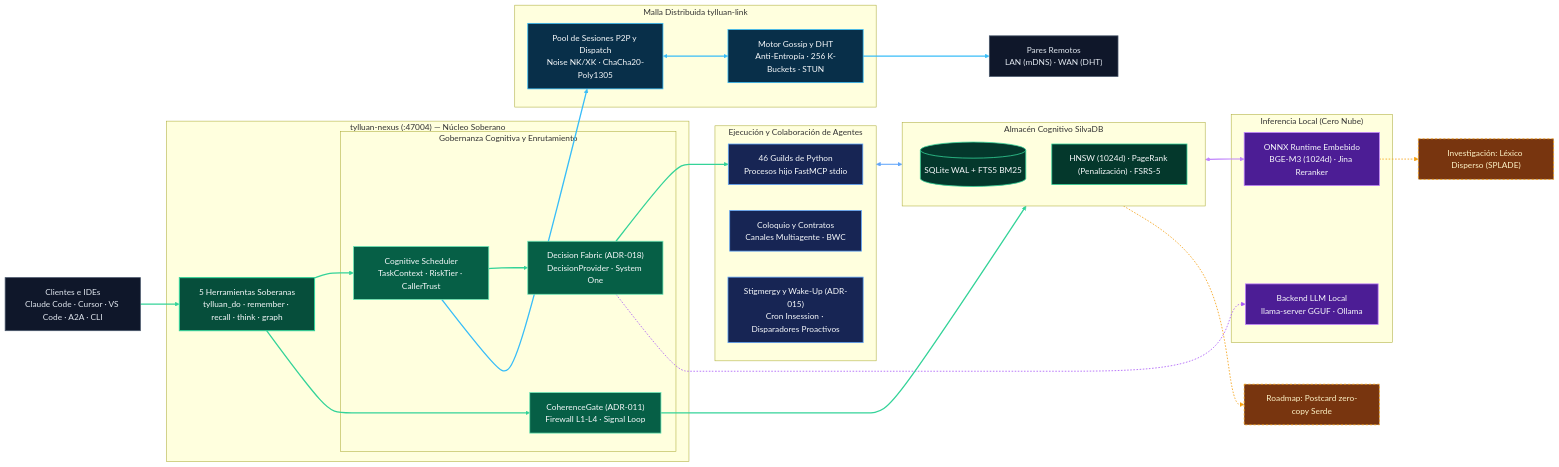
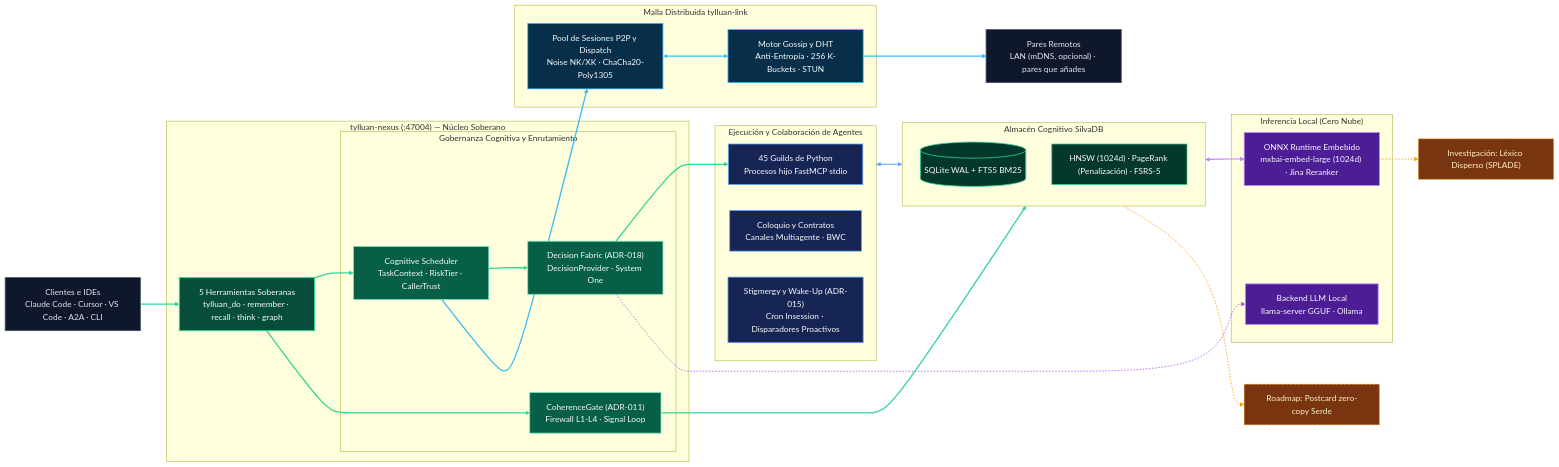
The diagram in README.es.md (Forja-orca/tylluan), drawn with Mermaid before and after one commit. The commit also changed other lines of this file and 7 other files, not shown here.

````diff
--- a/README.es.md
+++ b/README.es.md
@@ -338,80 +343,80 @@
 ```mermaid
 flowchart LR
   CLIENTS["Clientes e IDEs<br/>Claude Code · Cursor · VS Code · A2A · CLI"]
 
   subgraph SOVEREIGN["tylluan-nexus (:47004) — Núcleo Soberano"]
     TOOLS["5 Herramientas Soberanas<br/>tylluan_do · remember · recall · think · graph"]
 
     subgraph GOVERN["Gobernanza Cognitiva y Enrutamiento"]
       SCHED["Cognitive Scheduler<br/>TaskContext · RiskTier · CallerTrust"]
       DECIDER["Decision Fabric (ADR-018)<br/>DecisionProvider · System One"]
       CGATE["CoherenceGate (ADR-011)<br/>Firewall L1-L4 · Signal Loop"]
     end
   end
 
   subgraph MEMORY["Almacén Cognitivo SilvaDB"]
     SILVA[("SQLite WAL + FTS5 BM25")]
     GRAPH["HNSW (1024d) · PageRank (Penalización) · FSRS-5"]
   end
 
   subgraph INFER["Inferencia Local (Cero Nube)"]
-    ONNX["ONNX Runtime Embebido<br/>BGE-M3 (1024d) · Jina Reranker"]
+    ONNX["ONNX Runtime Embebido<br/>mxbai-embed-large (1024d) · Jina Reranker"]
     LLAMA["Backend LLM Local<br/>llama-server GGUF · Ollama"]
   end
 
   subgraph EXEC["Ejecución y Colaboración de Agentes"]
-    GUILDS["46 Guilds de Python<br/>Procesos hijo FastMCP stdio"]
+    GUILDS["45 Guilds de Python<br/>Procesos hijo FastMCP stdio"]
     COLOQUIO["Coloquio y Contratos<br/>Canales Multiagente · BWC"]
     WAKE["Stigmergy y Wake-Up (ADR-015)<br/>Cron Insession · Disparadores Proactivos"]
   end
 
   subgraph MESH["Malla Distribuida tylluan-link"]
     P2P["Pool de Sesiones P2P y Dispatch<br/>Noise NK/XK · ChaCha20-Poly1305"]
     GOSSIP["Motor Gossip y DHT<br/>Anti-Entropía · 256 K-Buckets · STUN"]
   end
 
-  PEERS["Pares Remotos<br/>LAN (mDNS) · WAN (DHT)"]
+  PEERS["Pares Remotos<br/>LAN (mDNS, opcional) · pares que añades"]
 
   SPARSE["Investigación: Léxico Disperso (SPLADE)"]:::future
   POSTCARD["Roadmap: Postcard zero-copy Serde"]:::future
 
   CLIENTS ==> TOOLS
   TOOLS ==> SCHED
   SCHED ==> DECIDER
   DECIDER ==> GUILDS
   TOOLS ==> CGATE
   CGATE ==> MEMORY
   MEMORY <==> ONNX
   EXEC <==> MEMORY
   DECIDER -.-> LLAMA
   SCHED ==> P2P
   P2P <==> GOSSIP
   GOSSIP ==> PEERS
 
   ONNX -.-> SPARSE
   MEMORY -.-> POSTCARD
 
   classDef sovStyle fill:#064e3b,stroke:#34d399,color:#f8fafc,stroke-width:2px;
   classDef govStyle fill:#065f46,stroke:#6ee7b7,color:#f8fafc,stroke-width:1.5px;
   classDef memStyle fill:#04382c,stroke:#34d399,color:#f8fafc,stroke-width:1.5px;
   classDef execStyle fill:#172554,stroke:#60a5fa,color:#f8fafc,stroke-width:1.5px;
   classDef inferStyle fill:#4c1d95,stroke:#c084fc,color:#f8fafc,stroke-width:1.5px;
   classDef meshStyle fill:#082f49,stroke:#38bdf8,color:#f8fafc,stroke-width:1.5px;
   classDef extStyle fill:#0f172a,stroke:#475569,color:#e2e8f0,stroke-width:1.5px;
   classDef future fill:#78350f,stroke:#f59e0b,stroke-width:1.5px,stroke-dasharray:4 4,color:#fef3c7;
 
   class CLIENTS,PEERS extStyle;
   class TOOLS sovStyle;
   class SCHED,DECIDER,CGATE govStyle;
   class SILVA,GRAPH memStyle;
   class GUILDS,COLOQUIO,WAKE execStyle;
   class ONNX,LLAMA inferStyle;
   class P2P,GOSSIP meshStyle;
 
   linkStyle 0,1,2,3,4,5 stroke:#34d399,stroke-width:2.5px;
   linkStyle 6 stroke:#c084fc,stroke-width:2px;
   linkStyle 7 stroke:#60a5fa,stroke-width:2px;
   linkStyle 8 stroke:#a855f7,stroke-width:1.5px,stroke-dasharray:3 3;
   linkStyle 9,10,11 stroke:#38bdf8,stroke-width:2.5px;
   linkStyle 12,13 stroke:#f59e0b,stroke-width:1.5px,stroke-dasharray:3 3;
 ```
````
